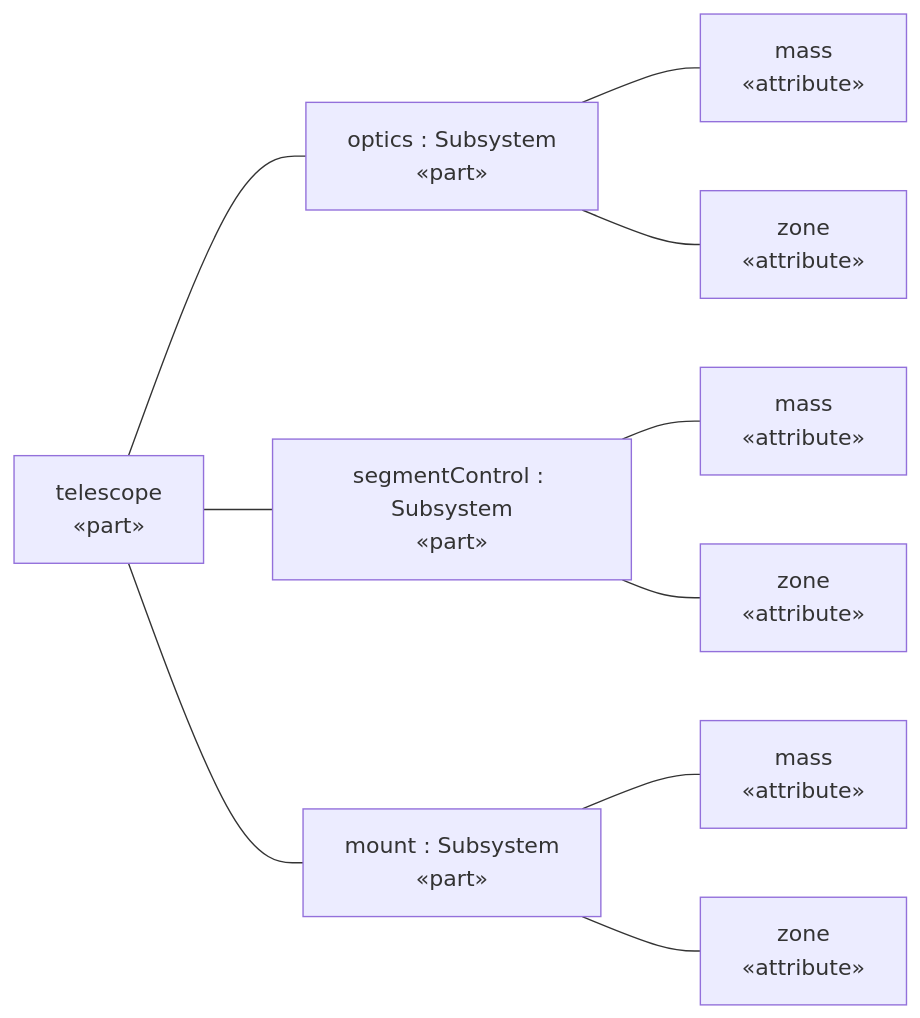
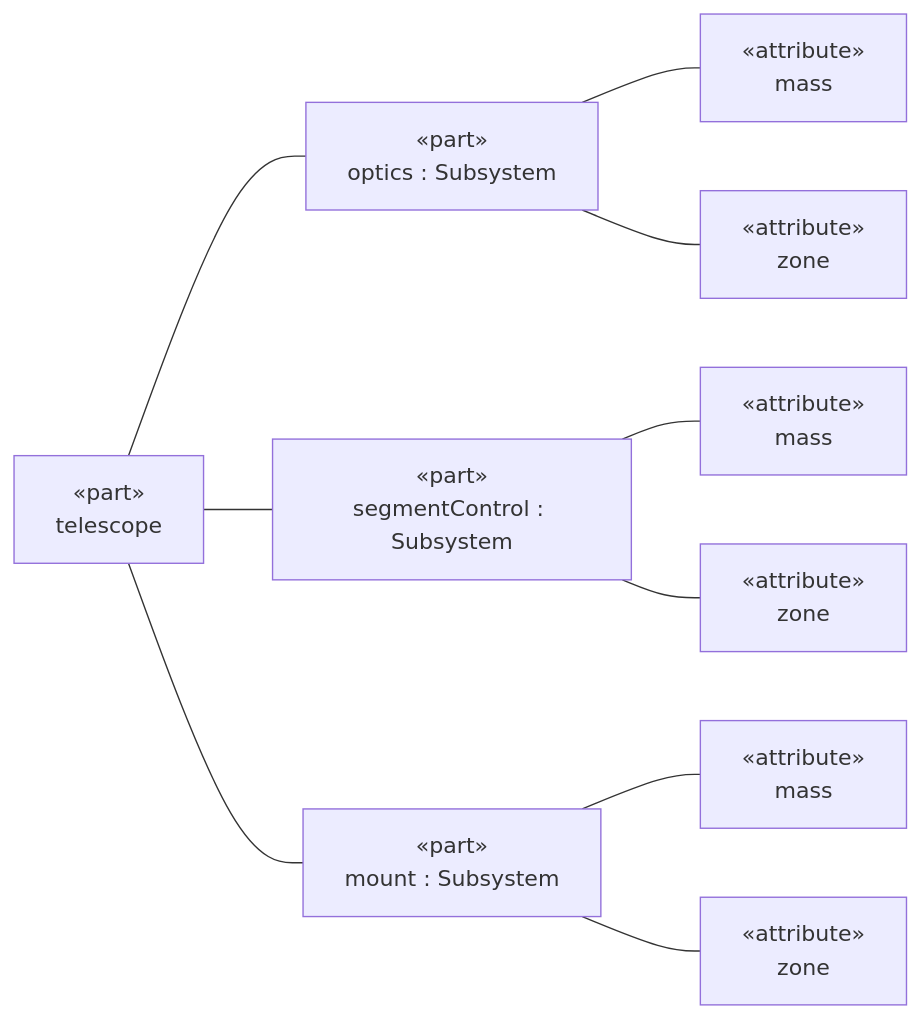
The second of 2 diagrams in docs/manual/examples/observatory.md (Open-MBEE/OpenSysML), drawn with Mermaid before and after one commit. The commit also changed other lines of this file and 80 other files, not shown here.

First line of the commit message:
fix(view): head every node with its kind above the name and centre Mermaid subgraph titles

````diff
--- a/docs/manual/examples/observatory.md
+++ b/docs/manual/examples/observatory.md
@@ -84,23 +85,23 @@
 ```mermaid
 %% tree rendering (the diagram states kind "tree")
 flowchart LR
-  n0["telescope<br>«part»"]
-  n1["optics : Subsystem<br>«part»"]
-  n2["mass<br>«attribute»"]
+  n0["«part»<br>telescope"]
+  n1["«part»<br>optics : Subsystem"]
+  n2["«attribute»<br>mass"]
   n1 --- n2
-  n3["zone<br>«attribute»"]
+  n3["«attribute»<br>zone"]
   n1 --- n3
   n0 --- n1
-  n4["segmentControl : Subsystem<br>«part»"]
-  n5["mass<br>«attribute»"]
+  n4["«part»<br>segmentControl : Subsystem"]
+  n5["«attribute»<br>mass"]
   n4 --- n5
-  n6["zone<br>«attribute»"]
+  n6["«attribute»<br>zone"]
   n4 --- n6
   n0 --- n4
-  n7["mount : Subsystem<br>«part»"]
-  n8["mass<br>«attribute»"]
+  n7["«part»<br>mount : Subsystem"]
+  n8["«attribute»<br>mass"]
   n7 --- n8
-  n9["zone<br>«attribute»"]
+  n9["«attribute»<br>zone"]
   n7 --- n9
   n0 --- n7
 ```
````
